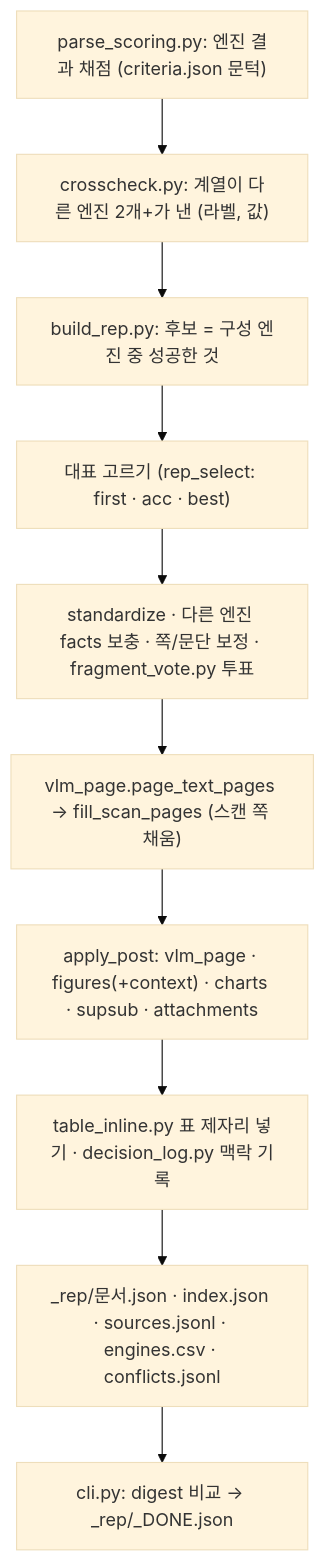
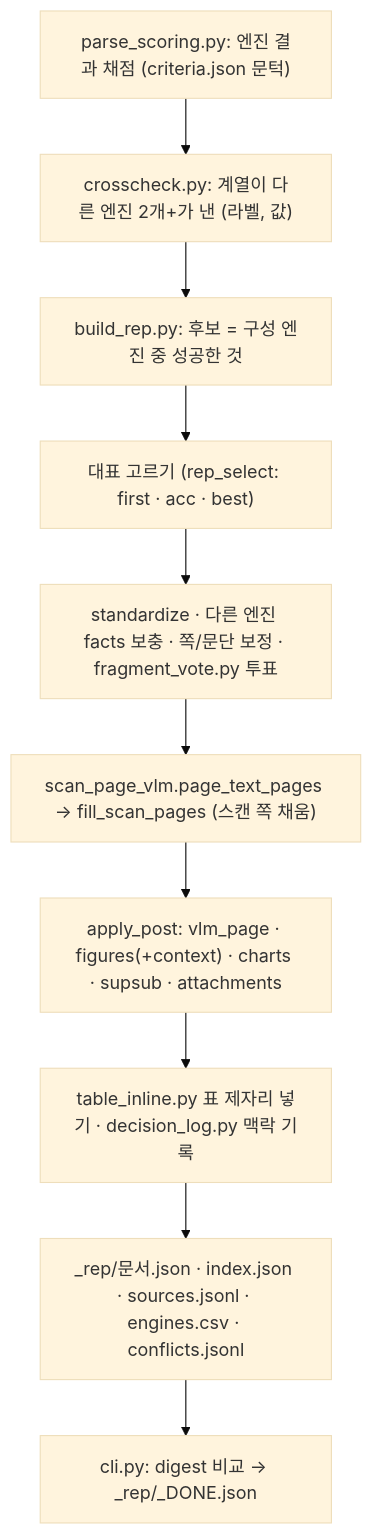
Before and after one commit to gigasamba/sbl_data_parsing: the fifth of 11 diagrams in docs/architecture/parse_flow.md, drawn with Mermaid (base theme). The commit also changed other lines of this file and 5 other files, not shown here.

````diff
--- a/docs/architecture/parse_flow.md
+++ b/docs/architecture/parse_flow.md
@@ -167,14 +167,14 @@
 ```mermaid
 flowchart TD
     Q["parse_scoring.py: 엔진 결과 채점 (criteria.json 문턱)"]
     X["crosscheck.py: 계열이 다른 엔진 2개+가 낸 (라벨, 값)"]
     R1["build_rep.py: 후보 = 구성 엔진 중 성공한 것"]
     R2["대표 고르기 (rep_select: first · acc · best)"]
     R3["standardize · 다른 엔진 facts 보충 · 쪽/문단 보정 · fragment_vote.py 투표"]
-    R4["vlm_page.page_text_pages → fill_scan_pages (스캔 쪽 채움)"]
+    R4["scan_page_vlm.page_text_pages → fill_scan_pages (스캔 쪽 채움)"]
     R5["apply_post: vlm_page · figures(+context) · charts · supsub · attachments"]
     R6["table_inline.py 표 제자리 넣기 · decision_log.py 맥락 기록"]
     O["_rep/문서.json · index.json · sources.jsonl · engines.csv · conflicts.jsonl"]
     M["cli.py: digest 비교 → _rep/_DONE.json"]
     Q --> X --> R1 --> R2 --> R3 --> R4 --> R5 --> R6 --> O --> M
 ```
````
